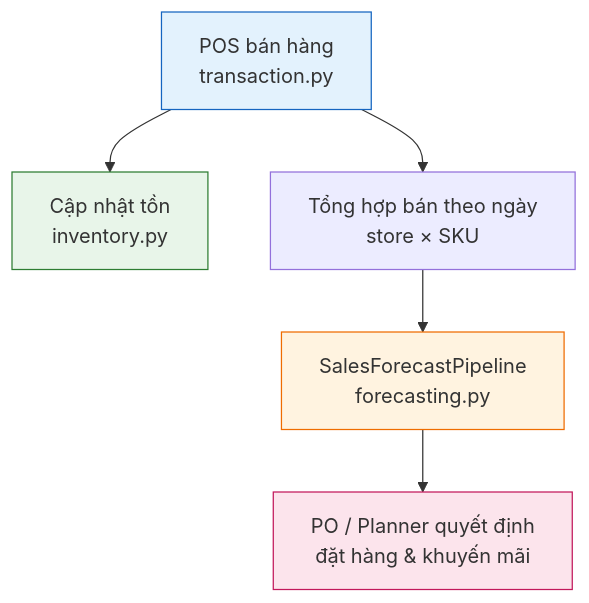
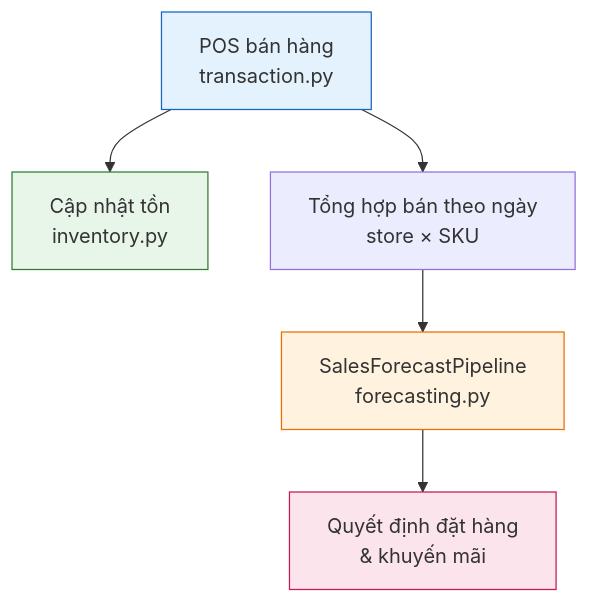
One commit to willtran112358/ecommerce-analytics-data-platform changed the second of 2 diagrams in README.md. Above: the diagram before and after it, drawn with Mermaid. The commit also changed other lines of this file, not shown here.

````diff
--- a/README.md
+++ b/README.md
@@ -126,18 +86,18 @@
 ```mermaid
 flowchart TB
     POS["POS bán hàng<br/>transaction.py"]
     INV["Cập nhật tồn<br/>inventory.py"]
     AGG["Tổng hợp bán theo ngày<br/>store × SKU"]
     FC["SalesForecastPipeline<br/>forecasting.py"]
-    DEC["PO / Planner quyết định<br/>đặt hàng & khuyến mãi"]
+    DEC["Quyết định đặt hàng<br/>& khuyến mãi"]
 
     POS --> INV
     POS --> AGG
     AGG --> FC
     FC --> DEC
 
     style POS fill:#e3f2fd,stroke:#1565c0
     style INV fill:#e8f5e9,stroke:#2e7d32
     style FC fill:#fff3e0,stroke:#ef6c00
     style DEC fill:#fce4ec,stroke:#c2185b
 ```
````
